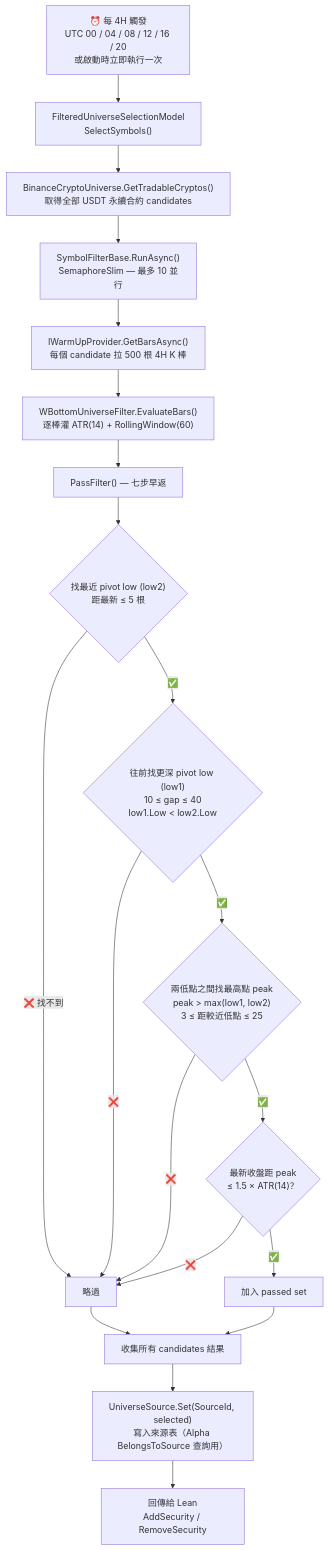
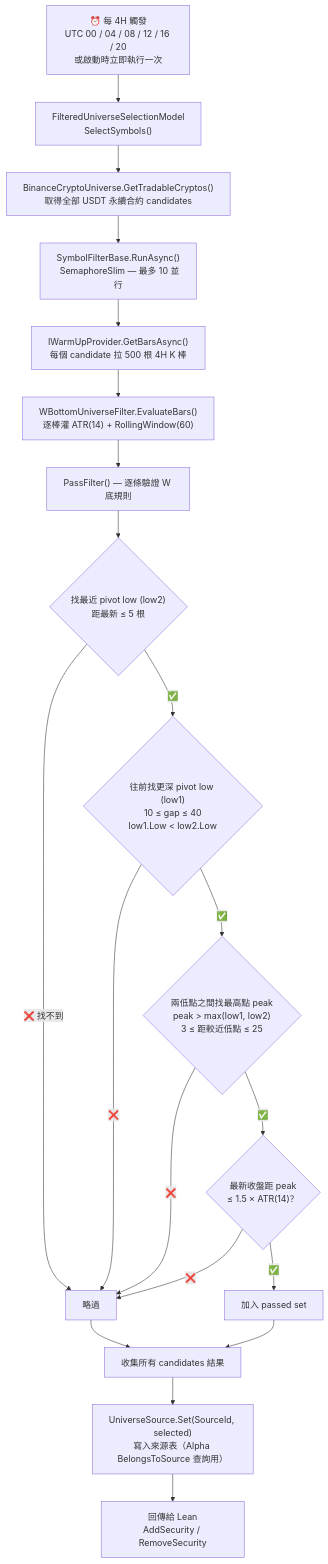
One commit to j19920816/SignalRadar changed the diagram in doc/WBottomUniverseFilter.md. Above: the diagram before and after it, drawn with Mermaid. The commit also changed other lines of this file and 10 other files, not shown here.

Commit message:
+ Launcher/Charts/ — 回測結束彈 WPF K 線圖視窗（ScottPlot.WPF） + Algorithm.cs — 回測蒐集 4H K 棒，OnEndOfAlgorithm 寫出 backtest-bars.json = Launcher.csproj — TargetFramework 改 net10.0-windows + UseWPF；Lean 升 17699 = Program.cs — Main 加 [STAThread]，engine.Run 後 ShowDialog = CLAUDE.md — 加 Behavioral guidelines

````diff
--- a/doc/WBottomUniverseFilter.md
+++ b/doc/WBottomUniverseFilter.md
@@ -9,25 +9,25 @@
 ```mermaid
 %%{init: {"theme": "default"}}%%
 flowchart TD
     Trigger["⏰ 每 4H 觸發\nUTC 00 / 04 / 08 / 12 / 16 / 20\n或啟動時立即執行一次"]
 
     Trigger --> SelectSymbols["FilteredUniverseSelectionModel\nSelectSymbols()"]
     SelectSymbols --> GetCandidates["BinanceCryptoUniverse.GetTradableCryptos()\n取得全部 USDT 永續合約 candidates"]
-    GetCandidates --> RunAsync["SymbolFilterBase.RunAsync()\nSemaphoreSlim — 最多 10 並行"]
+    GetCandidates --> RunAsync["SymbolFilterBase.RunAsync()\n SemaphoreSlim — 最多 10 並行"]
     RunAsync --> GetBars["IWarmUpProvider.GetBarsAsync()\n每個 candidate 拉 500 根 4H K 棒"]
     GetBars --> EvaluateBars["WBottomUniverseFilter.EvaluateBars()\n逐棒灌 ATR(14) + RollingWindow<TradeBar>(60)"]
-    EvaluateBars --> PassFilter["PassFilter() — 七步早返"]
+    EvaluateBars --> PassFilter["PassFilter() — 逐條驗證 W 底規則"]
     PassFilter --> FindLow2{"找最近 pivot low (low2)\n距最新 ≤ 5 根"}
     FindLow2 -->|"❌ 找不到"| Skip["略過"]
     FindLow2 -->|"✅"| FindLow1{"往前找更深 pivot low (low1)\n10 ≤ gap ≤ 40\nlow1.Low < low2.Low"}
     FindLow1 -->|"❌"| Skip
     FindLow1 -->|"✅"| FindPeak{"兩低點之間找最高點 peak\npeak > max(low1, low2)\n3 ≤ 距較近低點 ≤ 25"}
     FindPeak -->|"❌"| Skip
     FindPeak -->|"✅"| CheckClose{"最新收盤距 peak\n≤ 1.5 × ATR(14)？"}
     CheckClose -->|"❌"| Skip
     CheckClose -->|"✅"| Passed["加入 passed set"]
     Passed --> Collect["收集所有 candidates 結果"]
     Skip --> Collect
     Collect --> UniverseSource["UniverseSource.Set(SourceId, selected)\n寫入來源表（Alpha BelongsToSource 查詢用）"]
     UniverseSource --> Lean["回傳給 Lean\nAddSecurity / RemoveSecurity"]
 ```
````
